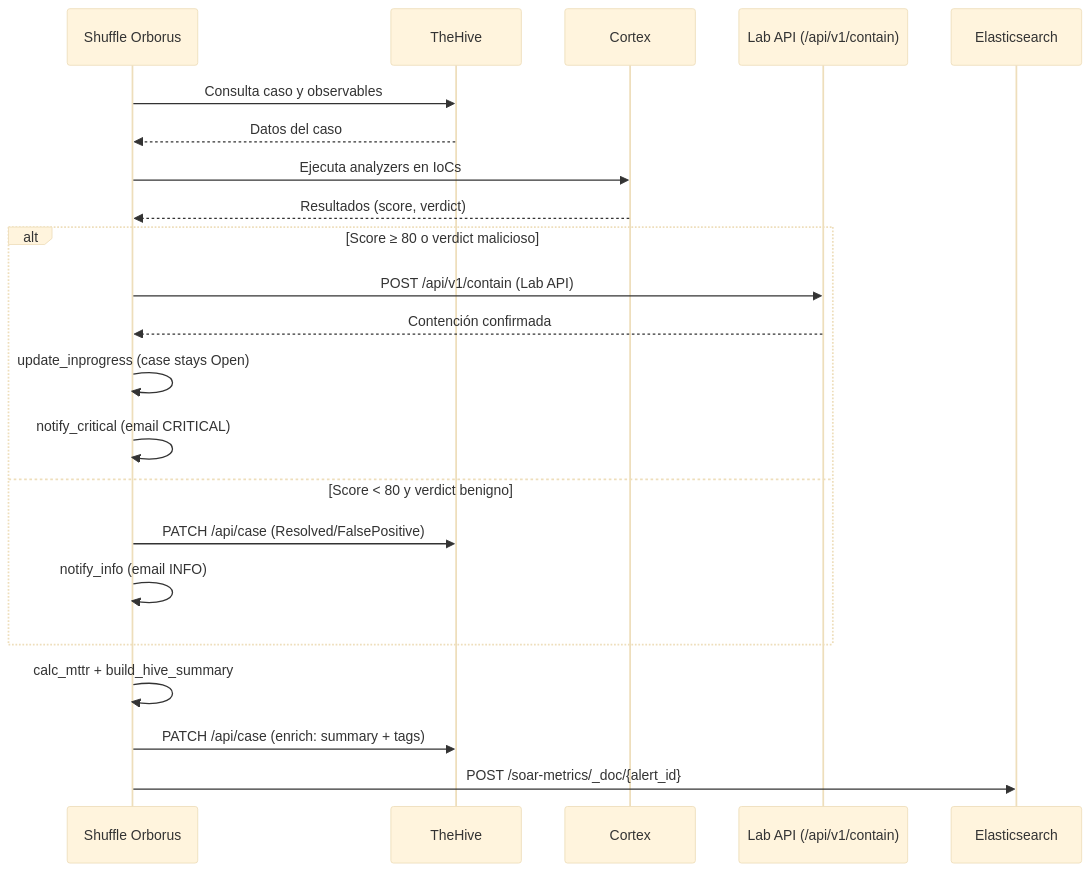
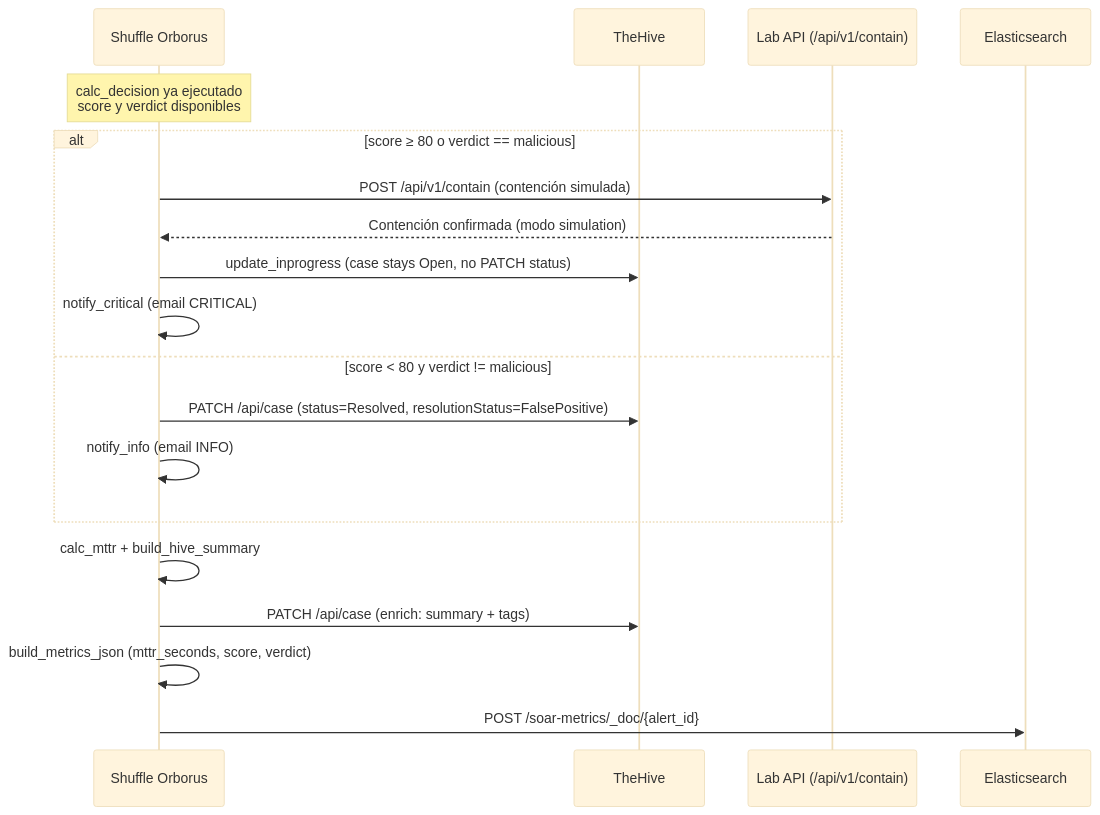
The seventh of 12 diagrams in docs/thesis/appendix_f.md (alesanfe/soar-ransomware-lab), drawn with Mermaid (base theme) before and after one commit. The commit also changed other lines of this file, not shown here.

````diff
--- a/docs/thesis/appendix_f.md
+++ b/docs/thesis/appendix_f.md
@@ -322,25 +350,22 @@
 ```mermaid
 sequenceDiagram
  participant Shuffle as Shuffle Orborus
  participant TheHive as TheHive
- participant Cortex as Cortex
  participant API as Lab API (/api/v1/contain)
  participant ES as Elasticsearch
 
- Shuffle->>TheHive: Consulta caso y observables
- TheHive-->>Shuffle: Datos del caso
- Shuffle->>Cortex: Ejecuta analyzers en IoCs
- Cortex-->>Shuffle: Resultados (score, verdict)
- alt Score ≥ 80 o verdict malicioso
- Shuffle->>API: POST /api/v1/contain (Lab API)
- API-->>Shuffle: Contención confirmada
- Shuffle->>Shuffle: update_inprogress (case stays Open)
+ Note over Shuffle: calc_decision ya ejecutado<br/>score y verdict disponibles
+ alt score ≥ 80 o verdict == malicious
+ Shuffle->>API: POST /api/v1/contain (contención simulada)
+ API-->>Shuffle: Contención confirmada (modo simulation)
+ Shuffle->>TheHive: update_inprogress (case stays Open, no PATCH status)
  Shuffle->>Shuffle: notify_critical (email CRITICAL)
- else Score < 80 y verdict benigno
- Shuffle->>TheHive: PATCH /api/case (Resolved/FalsePositive)
+ else score < 80 y verdict != malicious
+ Shuffle->>TheHive: PATCH /api/case (status=Resolved, resolutionStatus=FalsePositive)
  Shuffle->>Shuffle: notify_info (email INFO)
  end
  Shuffle->>Shuffle: calc_mttr + build_hive_summary
  Shuffle->>TheHive: PATCH /api/case (enrich: summary + tags)
+ Shuffle->>Shuffle: build_metrics_json (mttr_seconds, score, verdict)
  Shuffle->>ES: POST /soar-metrics/_doc/{alert_id}
 ```
````
